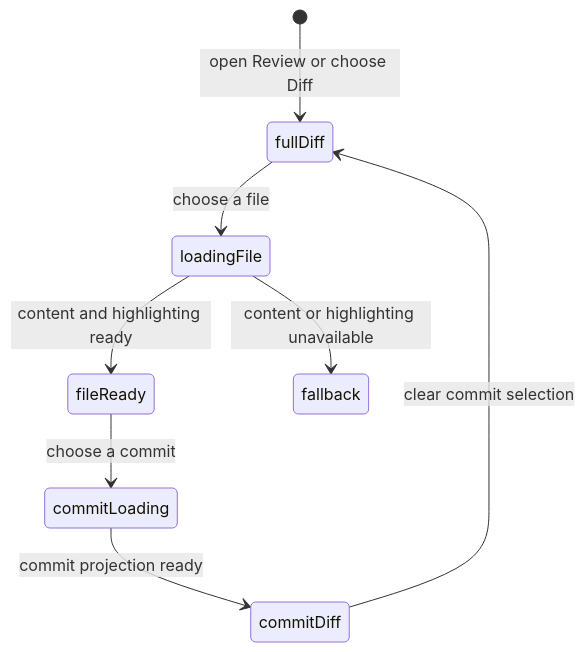
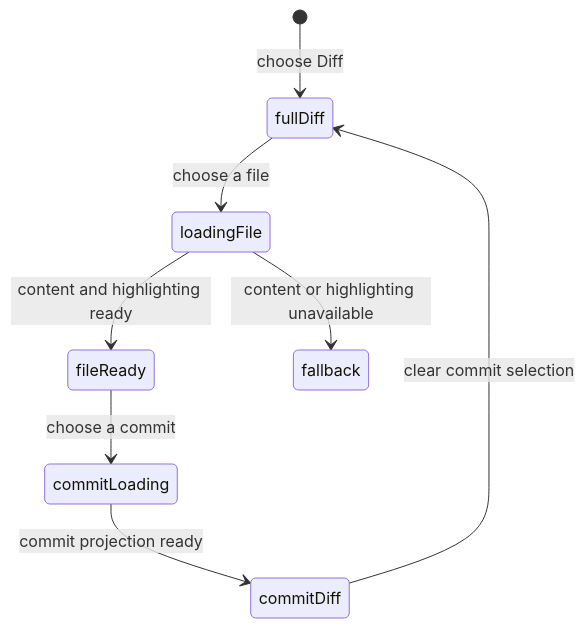
One commit to kwanpham2195/patchdesk changed the diagram in docs/product-description/review-workbench/files-diff-and-navigation.md. Above: the diagram before and after it, drawn with Mermaid.

Commit message:
docs(workbench): the diff state diagram no longer starts on open Review
Opening a Review lands on Conversation, so only choosing Diff reaches the
full diff. The prose below the diagram already said so.

Claude-Session: https://claude.ai/code/session_01MRrxf47kT7pwUnY6jtPmfL

````diff
--- a/docs/product-description/review-workbench/files-diff-and-navigation.md
+++ b/docs/product-description/review-workbench/files-diff-and-navigation.md
@@ -13,10 +13,10 @@
 ```mermaid
 stateDiagram-v2
-    [*] --> fullDiff : open Review or choose Diff
+    [*] --> fullDiff : choose Diff
     fullDiff --> loadingFile : choose a file
     loadingFile --> fileReady : content and highlighting ready
     loadingFile --> fallback : content or highlighting unavailable
     fileReady --> commitLoading : choose a commit
     commitLoading --> commitDiff : commit projection ready
     commitDiff --> fullDiff : clear commit selection
 ```
````
